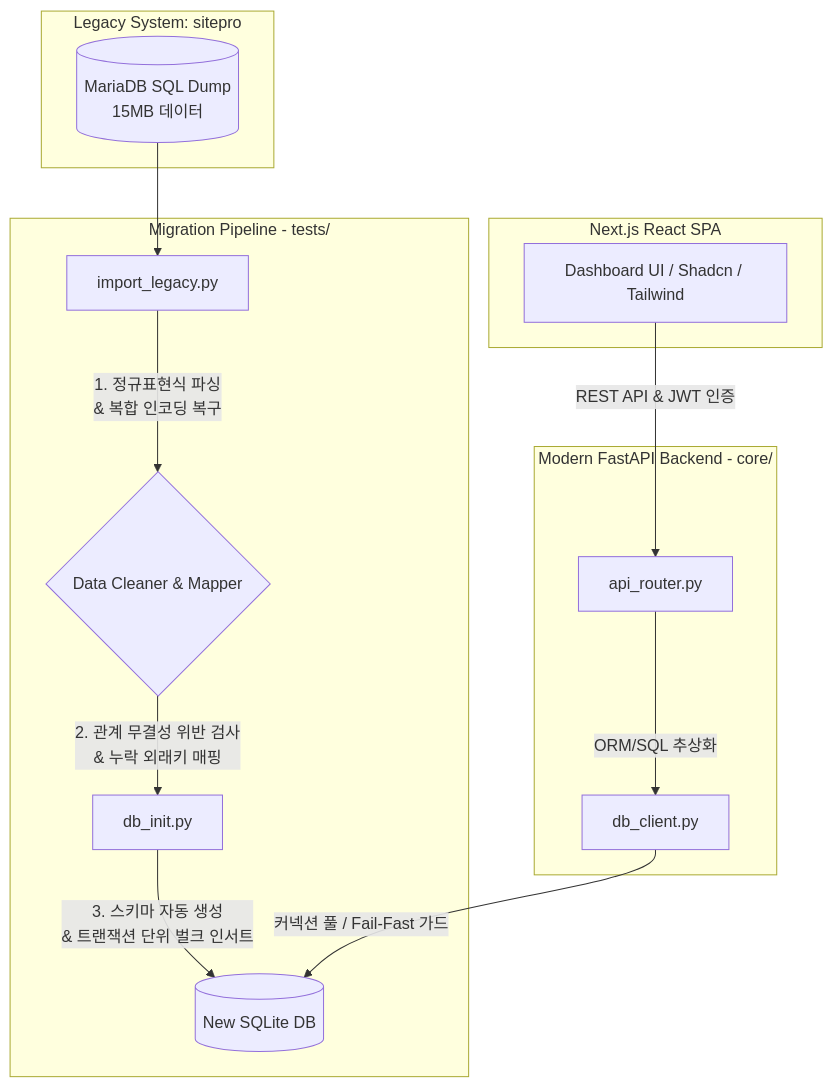
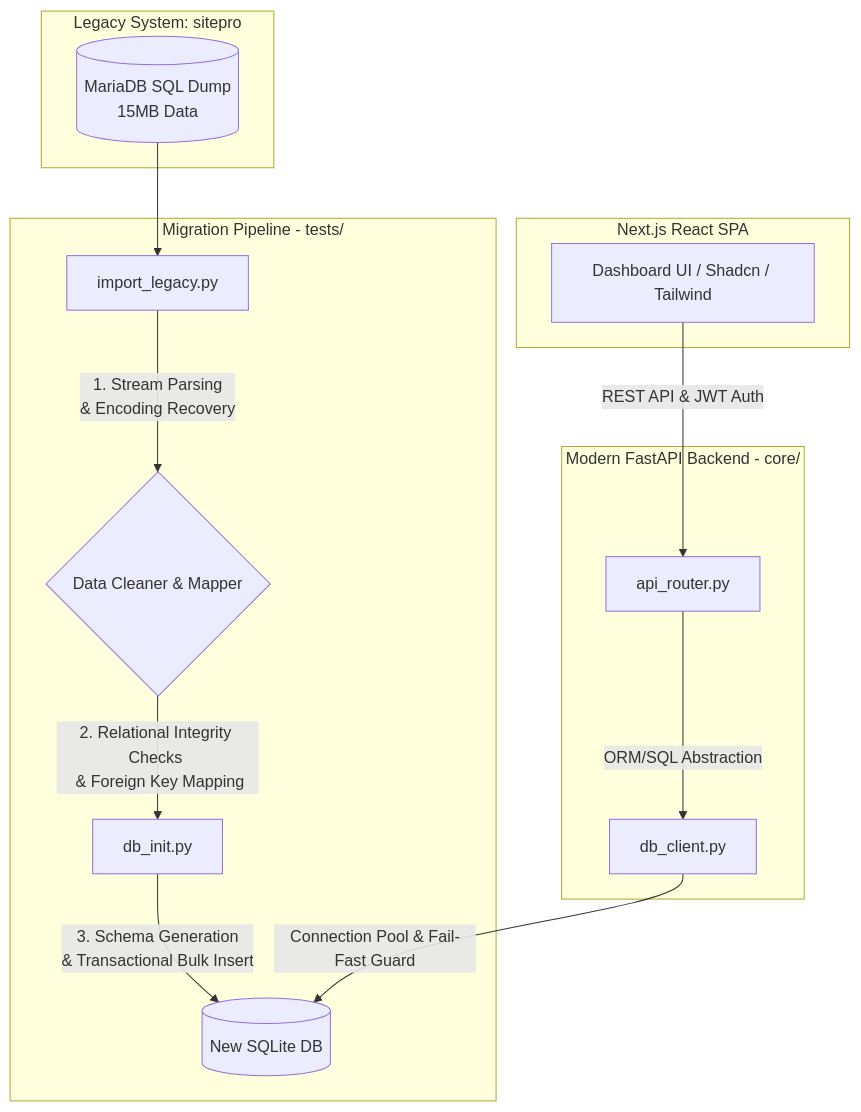
One commit to tototopark/steelworks-manager changed the diagram in README.md. Above: the diagram before and after it, drawn with Mermaid. The commit also changed other lines of this file and 1 other file, not shown here.

````diff
--- a/README.md
+++ b/README.md
@@ -12,23 +13,23 @@
 ```mermaid
 flowchart TD
     subgraph LegacySystem [Legacy System: sitepro]
-        A[(MariaDB SQL Dump <br> 15MB 데이터)]
+        A[(MariaDB SQL Dump <br> 15MB Data)]
     end
 
     subgraph DataPipeline [Migration Pipeline - tests/]
-        B[import_legacy.py] -->|1. 정규표현식 파싱 <br> & 복합 인코딩 복구| C{Data Cleaner & Mapper}
-        C -->|2. 관계 무결성 위반 검사 <br> & 누락 외래키 매핑| D[db_init.py]
-        D -->|3. 스키마 자동 생성 <br> & 트랜잭션 단위 벌크 인서트| E[(New SQLite DB)]
+        B[import_legacy.py] -->|1. Stream Parsing <br> & Encoding Recovery| C{Data Cleaner & Mapper}
+        C -->|2. Relational Integrity Checks <br> & Foreign Key Mapping| D[db_init.py]
+        D -->|3. Schema Generation <br> & Transactional Bulk Insert| E[(New SQLite DB)]
     end
 
     subgraph BackendAPI [Modern FastAPI Backend - core/]
-        F[api_router.py] -->|ORM/SQL 추상화| G[db_client.py]
-        G -->|커넥션 풀 / Fail-Fast 가드| E
+        F[api_router.py] -->|ORM/SQL Abstraction| G[db_client.py]
+        G -->|Connection Pool & Fail-Fast Guard| E
     end
 
     subgraph FrontendSPA [Next.js React SPA]
-        H[Dashboard UI / Shadcn / Tailwind] -->|REST API & JWT 인증| F
+        H[Dashboard UI / Shadcn / Tailwind] -->|REST API & JWT Auth| F
     end
 
     A --> B
 ```
````
